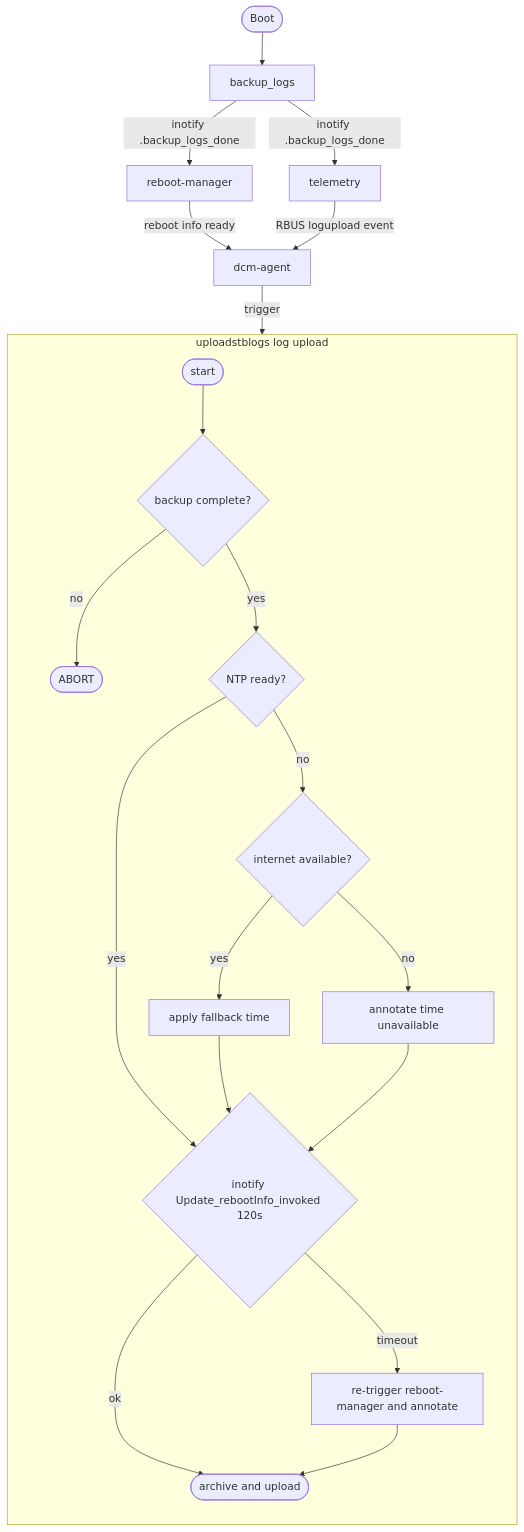
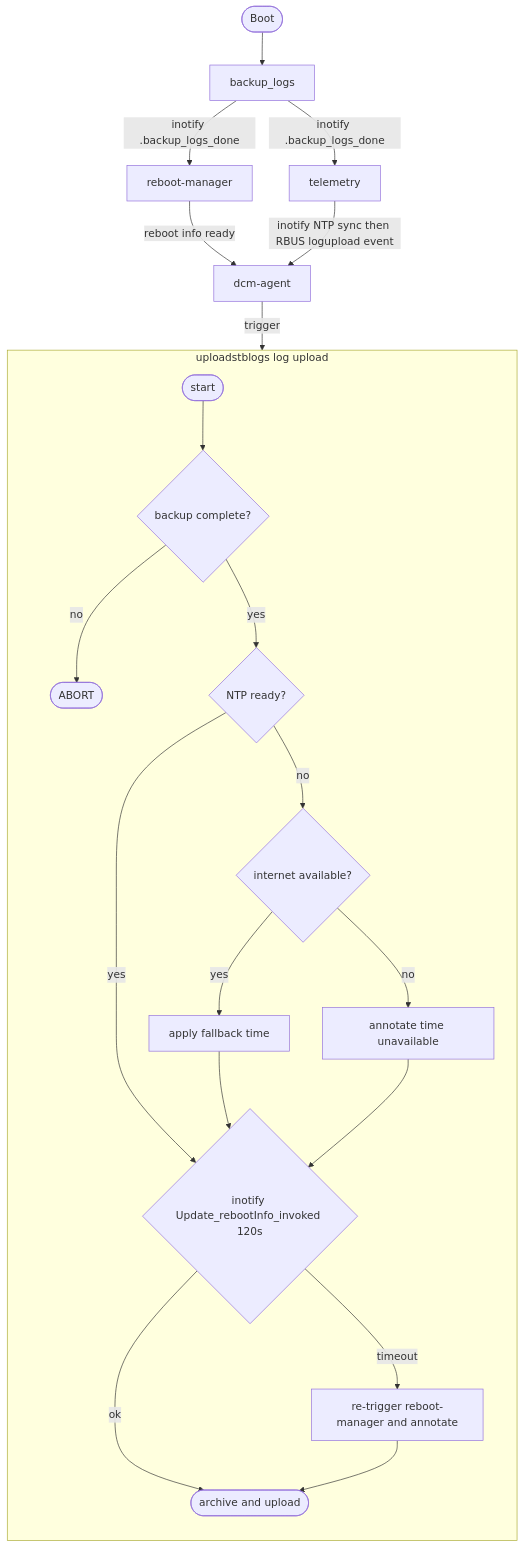
Before and after one commit to rdkcentral/dcm-agent: the second of 2 diagrams in stateanalysis.md, drawn with Mermaid. The commit also changed other lines of this file, not shown here.

````diff
--- a/stateanalysis.md
+++ b/stateanalysis.md
@@ -44,30 +45,30 @@
 ```mermaid
 flowchart TB
     BOOT([Boot])
 
     BOOT --> BL[backup_logs]
 
     BL -->|inotify .backup_logs_done| RM[reboot-manager]
     BL -->|inotify .backup_logs_done| TEL[telemetry]
 
     RM  -->|reboot info ready| DCM[dcm-agent]
-    TEL -->|RBUS logupload event| DCM
+    TEL -->|inotify NTP sync then RBUS logupload event| DCM
 
     subgraph UL [uploadstblogs log upload]
         direction TB
         S([start]) --> G1{"backup complete?"}
         G1 -- no  --> ABORT([ABORT])
         G1 -- yes --> G2{"NTP ready?"}
         G2 -- yes --> W{"inotify Update_rebootInfo_invoked 120s"}
         G2 -- no  --> G3{"internet available?"}
         G3 -- yes --> FALLBACK[apply fallback time]
         G3 -- no  --> ANNOT[annotate time unavailable]
         FALLBACK --> W
         ANNOT --> W
         W -- ok      --> DONE([archive and upload])
         W -- timeout --> TRIG[re-trigger reboot-manager and annotate]
         TRIG --> DONE
     end
 
     DCM -->|trigger| S
 ```
````
